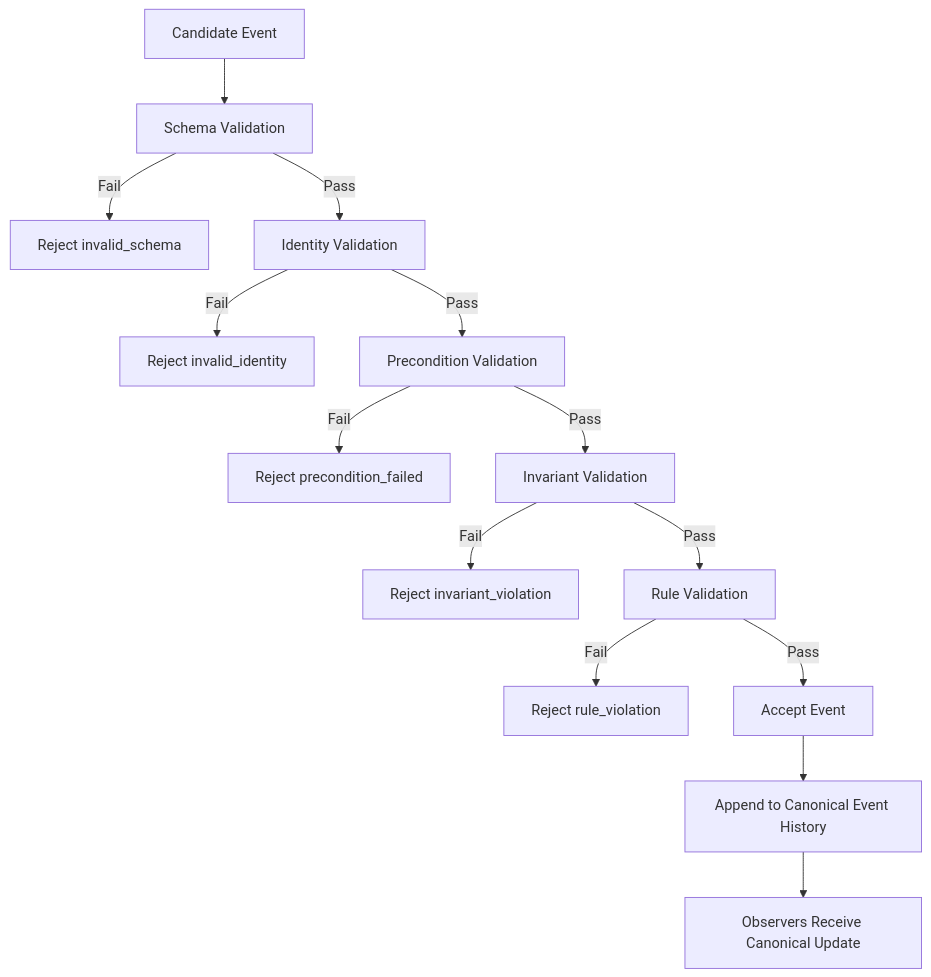
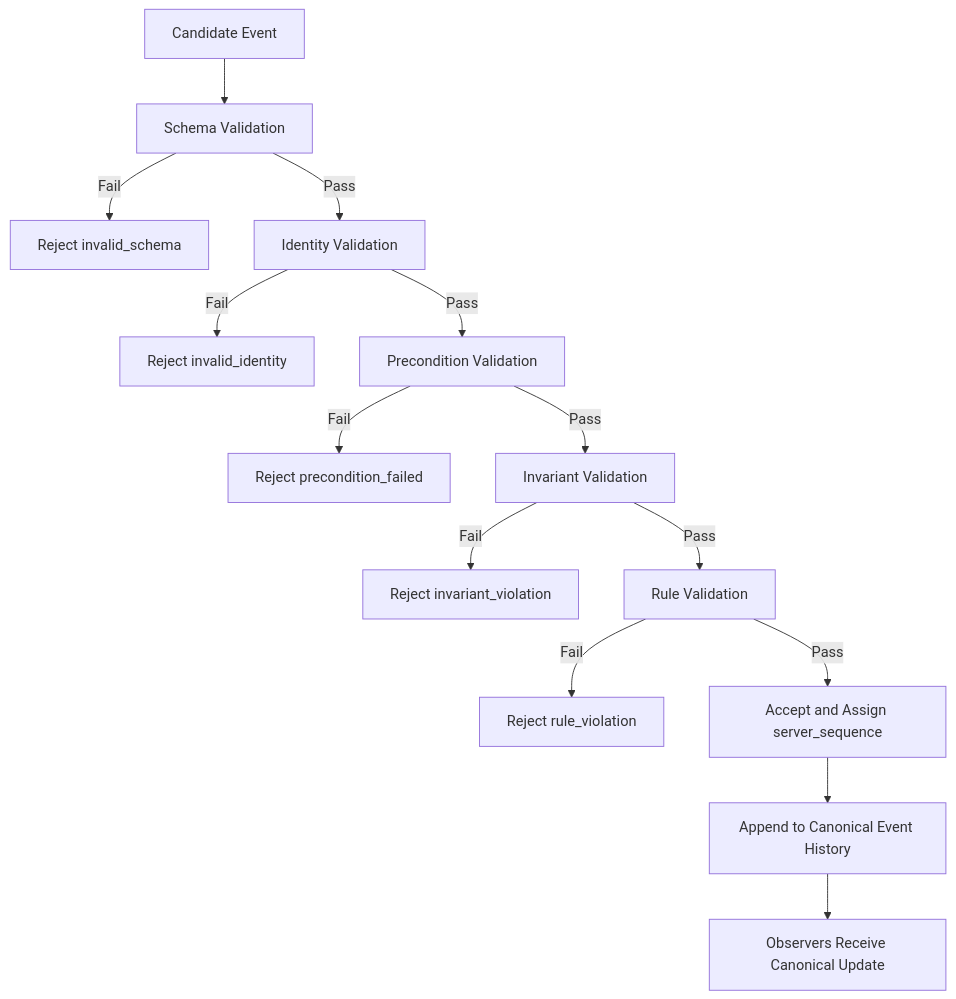
The diagram in diagrams/CrypSA_Validation_Pipeline.md (godofthunder101/crypsa-architecture), drawn with Mermaid before and after one commit. The commit also changed other lines of this file, not shown here.

Commit message:
Clarify event history and server sequence in diagram

`````diff
--- a/diagrams/CrypSA_Validation_Pipeline.md
+++ b/diagrams/CrypSA_Validation_Pipeline.md
@@ -16,23 +16,23 @@
 ```mermaid
 flowchart TD
 
 A[Candidate Event] --> B[Schema Validation]
 
 B -->|Fail| R1[Reject invalid_schema]
 B -->|Pass| C[Identity Validation]
 
 C -->|Fail| R2[Reject invalid_identity]
 C -->|Pass| D[Precondition Validation]
 
 D -->|Fail| R3[Reject precondition_failed]
 D -->|Pass| E[Invariant Validation]
 
 E -->|Fail| R4[Reject invariant_violation]
 E -->|Pass| F[Rule Validation]
 
 F -->|Fail| R5[Reject rule_violation]
-F -->|Pass| G[Accept Event]
+F -->|Pass| G[Accept and Assign server_sequence]
 
 G --> H[Append to Canonical Event History]
 H --> I[Observers Receive Canonical Update]
-```
+````
`````
